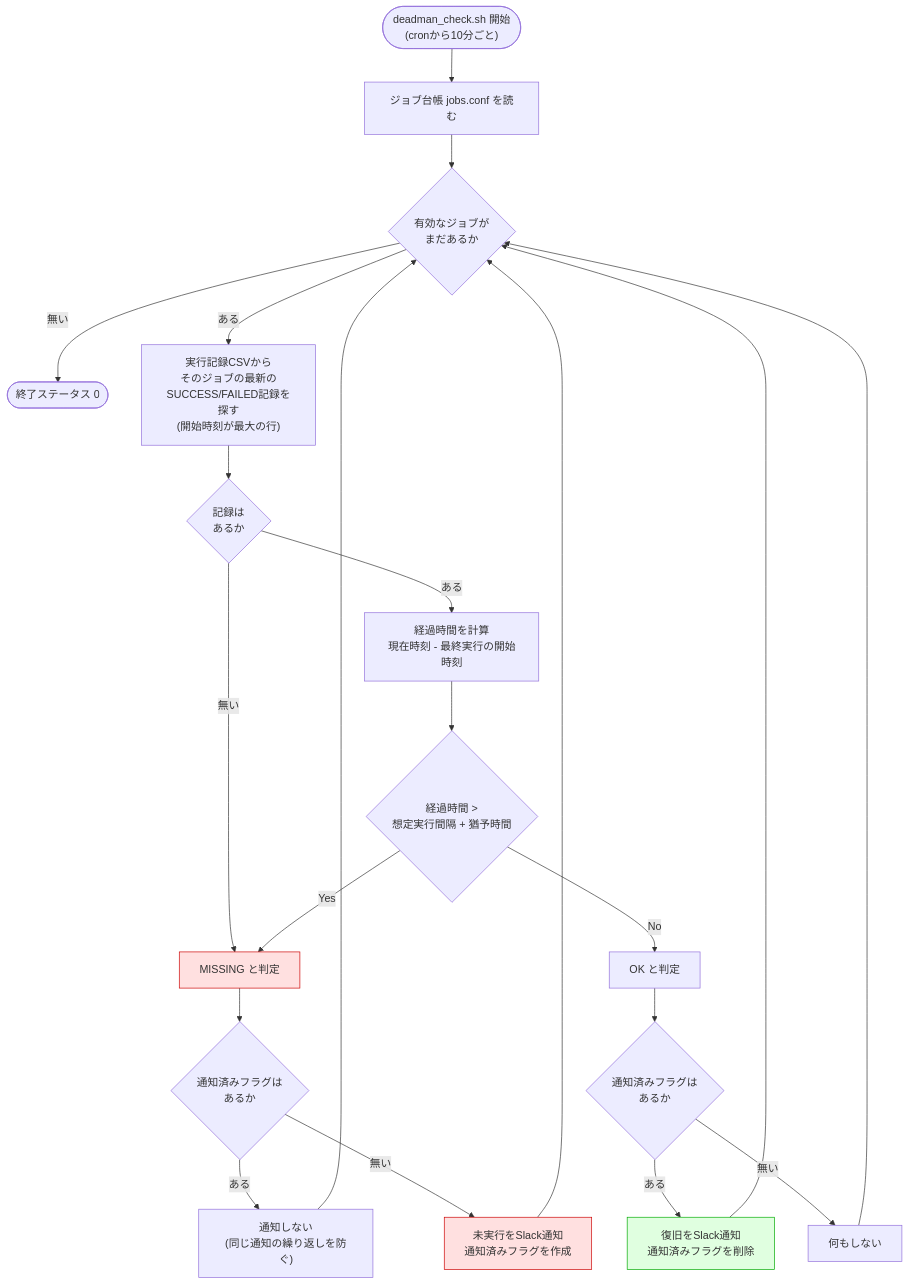
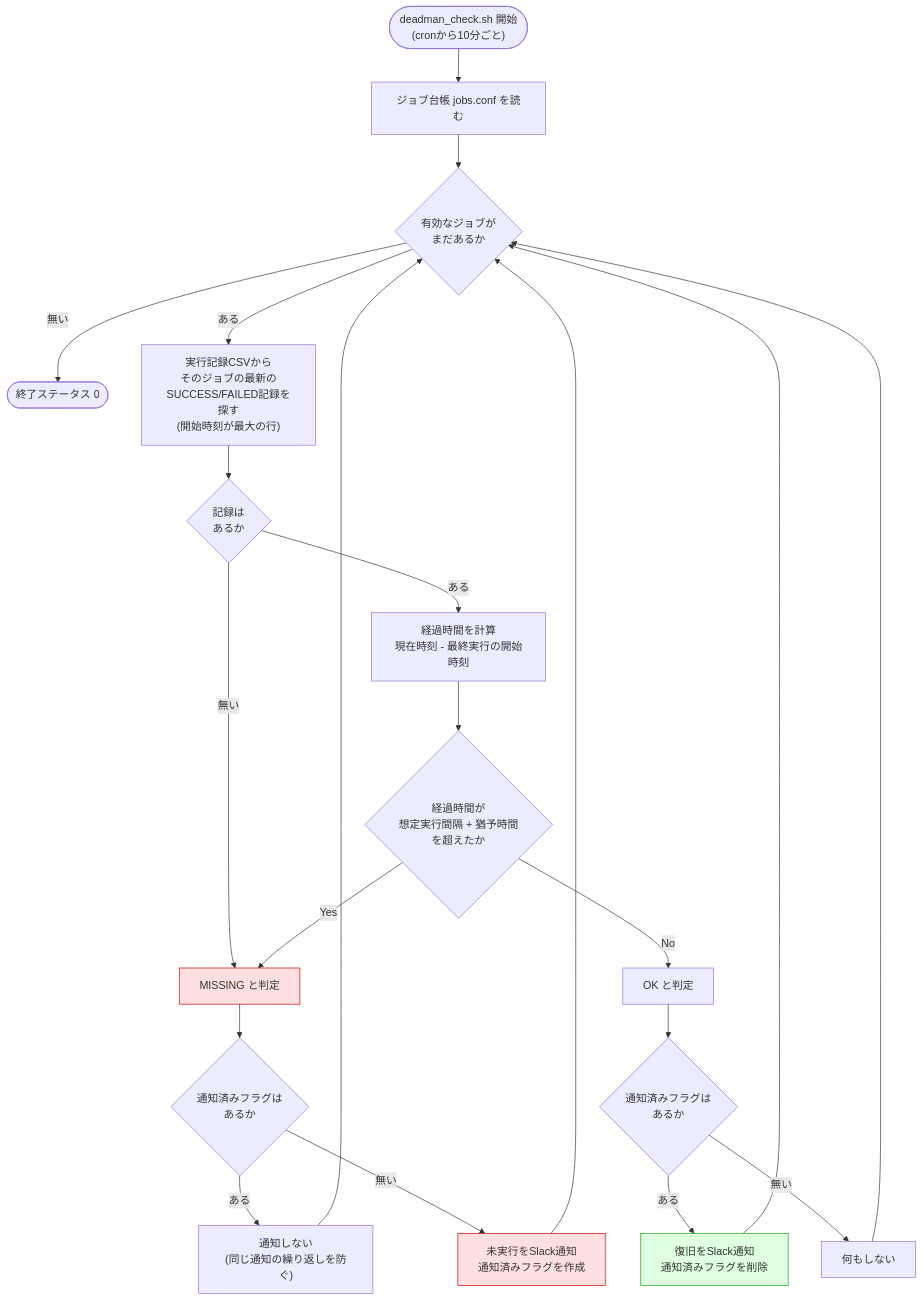
The third of 4 diagrams in improvements/04-cron-job-observability/03-design.md (ns7jp/automation), drawn with Mermaid before and after one commit. The commit also changed other lines of this file and 11 other files, not shown here.

````diff
--- a/improvements/04-cron-job-observability/03-design.md
+++ b/improvements/04-cron-job-observability/03-design.md
@@ -226,32 +226,32 @@
 ```mermaid
 flowchart TD
     START(["deadman_check.sh 開始<br/>(cronから10分ごと)"]) --> LOAD["ジョブ台帳 jobs.conf を読む"]
     LOAD --> LOOP{"有効なジョブが<br/>まだあるか"}
-    LOOP -->|"無い"| END(["終了ステータス 0"])
+    LOOP -->|"無い"| FIN(["終了ステータス 0"])
     LOOP -->|"ある"| FIND["実行記録CSVから<br/>そのジョブの最新の<br/>SUCCESS/FAILED記録を探す<br/>(開始時刻が最大の行)"]
 
     FIND --> HAS{"記録は<br/>あるか"}
     HAS -->|"無い"| MISS["MISSING と判定"]
     HAS -->|"ある"| CALC["経過時間を計算<br/>現在時刻 - 最終実行の開始時刻"]
 
-    CALC --> CMP{"経過時間 ><br/>想定実行間隔 + 猶予時間"}
+    CALC --> CMP{"経過時間が<br/>想定実行間隔 + 猶予時間<br/>を超えたか"}
     CMP -->|"Yes"| MISS
     CMP -->|"No"| OK["OK と判定"]
 
     MISS --> FLAG{"通知済みフラグは<br/>あるか"}
     FLAG -->|"ある"| SKIPN["通知しない<br/>(同じ通知の繰り返しを防ぐ)"]
     FLAG -->|"無い"| SEND["未実行をSlack通知<br/>通知済みフラグを作成"]
 
     OK --> RFLAG{"通知済みフラグは<br/>あるか"}
     RFLAG -->|"ある"| RECOVER["復旧をSlack通知<br/>通知済みフラグを削除"]
     RFLAG -->|"無い"| NOOP["何もしない"]
 
     SKIPN --> LOOP
     SEND --> LOOP
     RECOVER --> LOOP
     NOOP --> LOOP
 
     style MISS fill:#ffe0e0,stroke:#c00
     style SEND fill:#ffe0e0,stroke:#c00
     style RECOVER fill:#e0ffe0,stroke:#0a0
 ```
````
